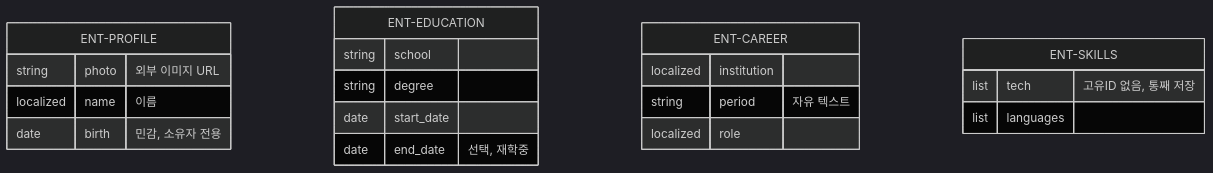
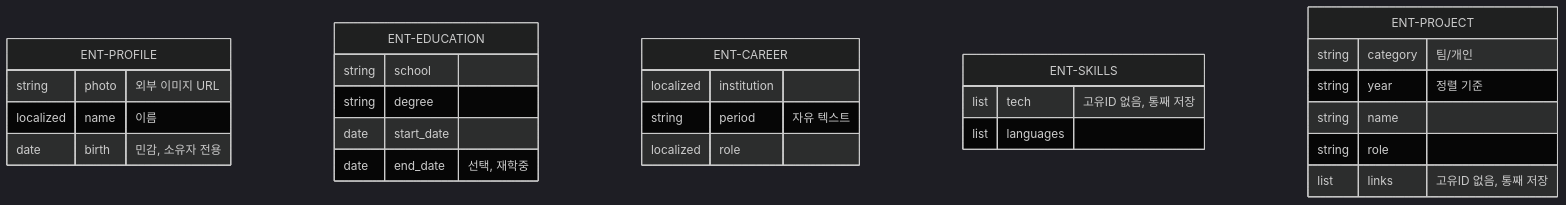
Before and after one commit to hyun9758/myhub-fullstack: the diagram in specs/design/myhub_data_req_er.md, drawn with Mermaid (dark theme). The commit also changed other lines of this file and 26 other files, not shown here.

````diff
--- a/specs/design/myhub_data_req_er.md
+++ b/specs/design/myhub_data_req_er.md
@@ -35,23 +35,30 @@
 ```mermaid
 erDiagram
     ENT-PROFILE {
         string photo "외부 이미지 URL"
         localized name "이름"
         date birth "민감, 소유자 전용"
     }
     ENT-EDUCATION {
         string school
         string degree
         date start_date
         date end_date "선택, 재학중"
     }
     ENT-CAREER {
         localized institution
         string period "자유 텍스트"
         localized role
     }
     ENT-SKILLS {
         list tech "고유ID 없음, 통째 저장"
         list languages
     }
+    ENT-PROJECT {
+        string category "팀/개인"
+        string year "정렬 기준"
+        string name
+        string role
+        list links "고유ID 없음, 통째 저장"
+    }
 ```
````
